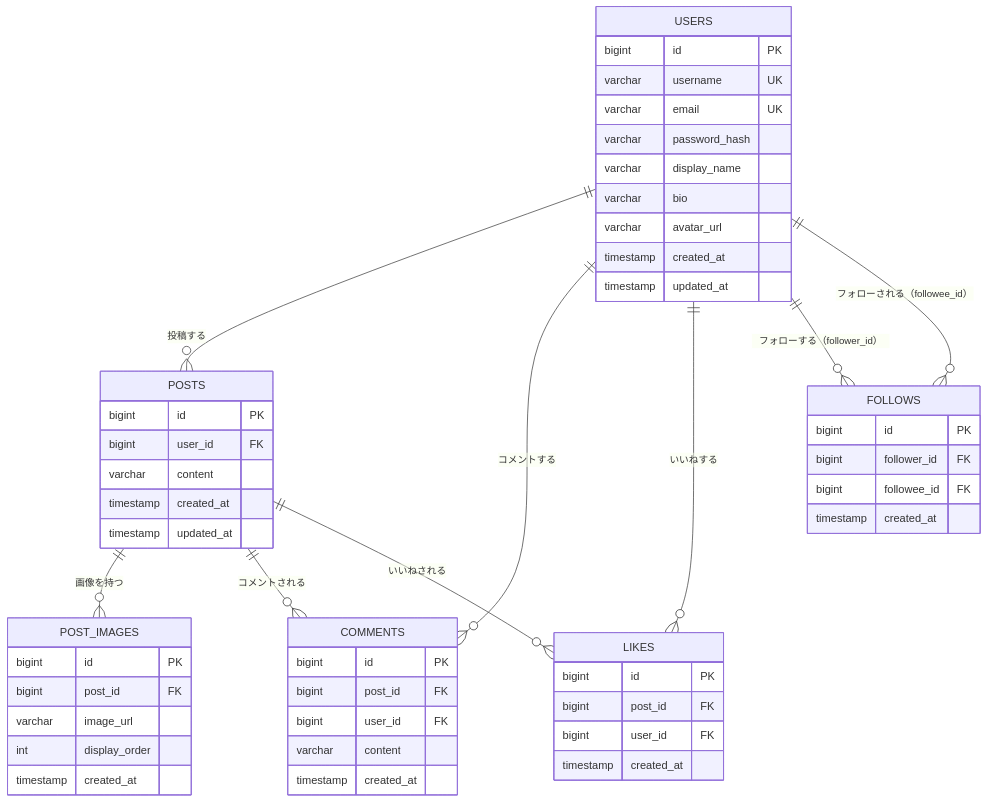
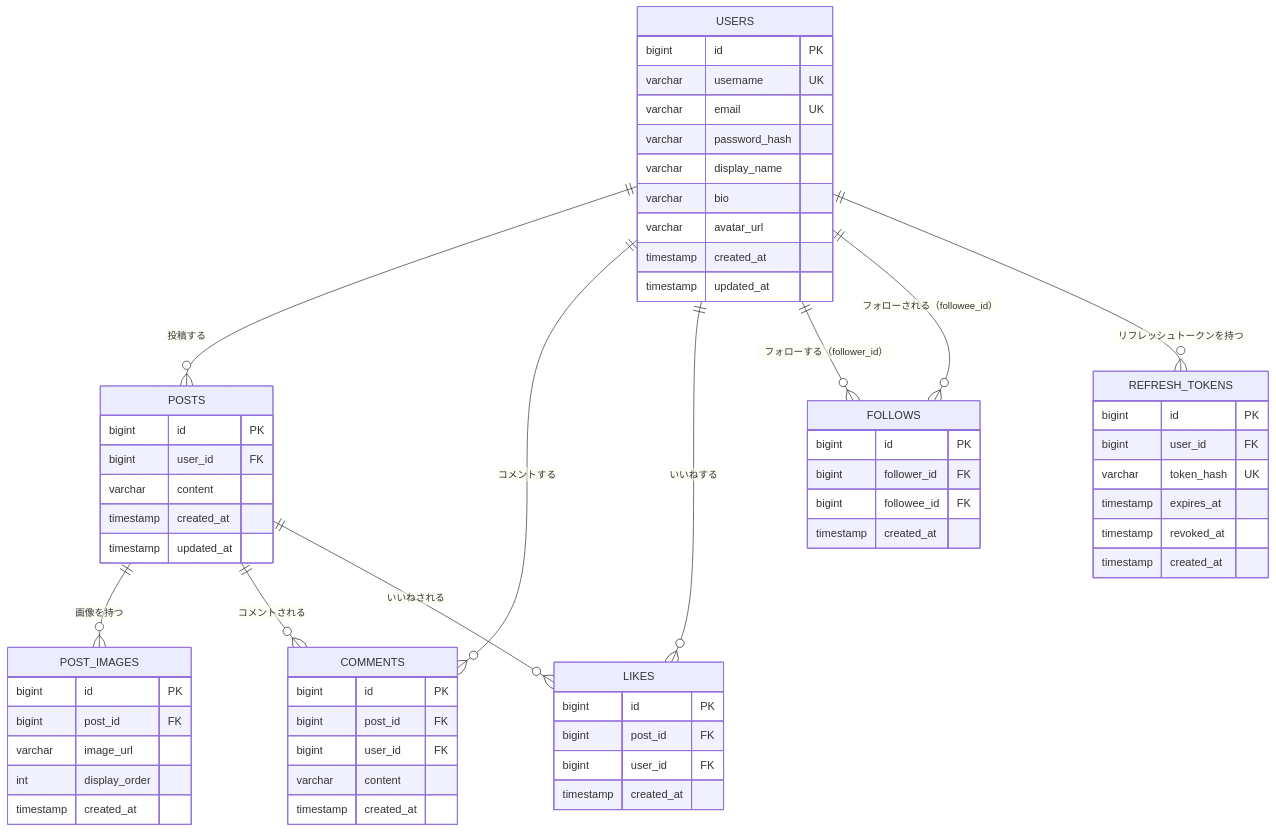
One commit to marinnk/RaiseTechSNS changed the diagram in docs/basic-design.md. Above: the diagram before and after it, drawn with Mermaid. The commit also changed other lines of this file and 14 other files, not shown here.

````diff
--- a/docs/basic-design.md
+++ b/docs/basic-design.md
@@ -139,56 +157,65 @@
 ```mermaid
 erDiagram
     USERS ||--o{ POSTS : "投稿する"
     USERS ||--o{ COMMENTS : "コメントする"
     USERS ||--o{ LIKES : "いいねする"
     USERS ||--o{ FOLLOWS : "フォローする（follower_id）"
     USERS ||--o{ FOLLOWS : "フォローされる（followee_id）"
+    USERS ||--o{ REFRESH_TOKENS : "リフレッシュトークンを持つ"
     POSTS ||--o{ POST_IMAGES : "画像を持つ"
     POSTS ||--o{ COMMENTS : "コメントされる"
     POSTS ||--o{ LIKES : "いいねされる"
 
     USERS {
         bigint id PK
         varchar username UK
         varchar email UK
         varchar password_hash
         varchar display_name
         varchar bio
         varchar avatar_url
         timestamp created_at
         timestamp updated_at
     }
     POSTS {
         bigint id PK
         bigint user_id FK
         varchar content
         timestamp created_at
         timestamp updated_at
     }
     POST_IMAGES {
         bigint id PK
         bigint post_id FK
         varchar image_url
         int display_order
         timestamp created_at
     }
     COMMENTS {
         bigint id PK
         bigint post_id FK
         bigint user_id FK
         varchar content
         timestamp created_at
     }
     LIKES {
         bigint id PK
         bigint post_id FK
         bigint user_id FK
         timestamp created_at
     }
     FOLLOWS {
         bigint id PK
         bigint follower_id FK
         bigint followee_id FK
         timestamp created_at
     }
+    REFRESH_TOKENS {
+        bigint id PK
+        bigint user_id FK
+        varchar token_hash UK
+        timestamp expires_at
+        timestamp revoked_at
+        timestamp created_at
+    }
 ```
````
